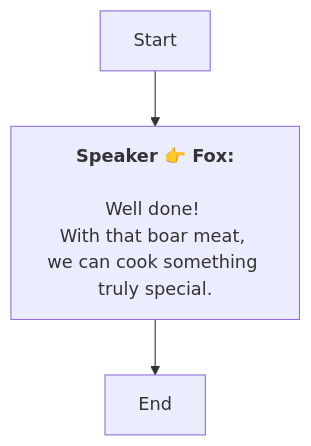
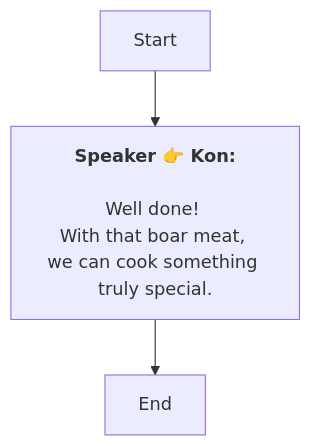
The diagram in En/QuestStartTalkENode_1768893356509241.md (SoftHu/tos_avg), drawn with Mermaid before and after one commit. The commit also changed 730 other files, not shown here.

````diff
--- a/En/QuestStartTalkENode_1768893356509241.md
+++ b/En/QuestStartTalkENode_1768893356509241.md
@@ -1,8 +1,8 @@
 ```mermaid
 graph
-Start -->1768893382846524[<b>Speaker 👉 Fox:</b>
+Start -->1768893382846524[<b>Speaker 👉 Kon:</b>
 \nWell done! 
 With that boar meat, we can cook something truly special.]
 1768893382846524 -->1768893407701053[End]
 
 ```
````
